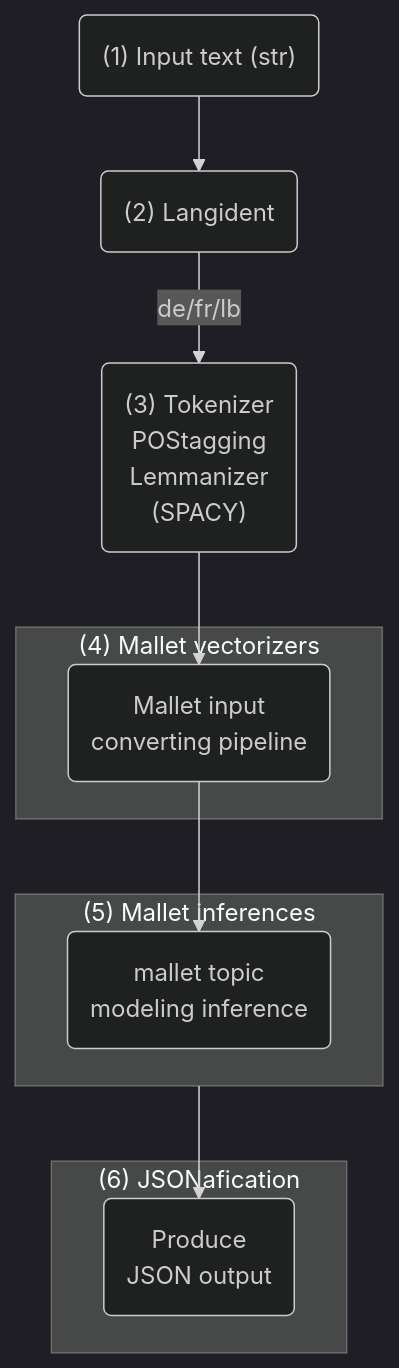
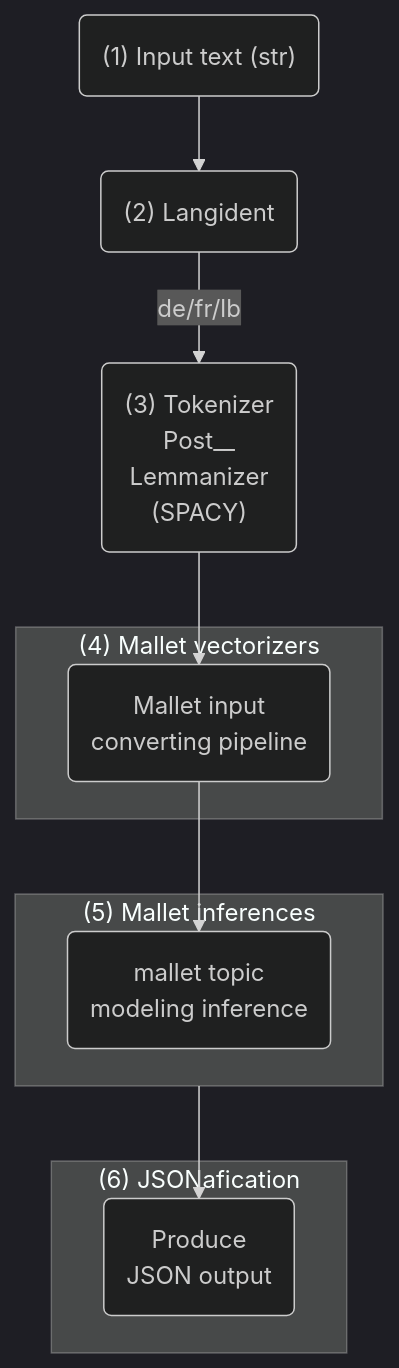
The diagram in README.md (impresso/impresso-pipelines), drawn with Mermaid (dark theme) before and after one commit. The commit also changed other lines of this file and 18 other files, not shown here.

````diff
--- a/README.md
+++ b/README.md
@@ -77,26 +77,26 @@
 ```mermaid
 flowchart TD
  subgraph s1["(4) Mallet vectorizers"]
         n3["Mallet input<br>converting pipeline"]
   end
  subgraph s2["(5) Mallet inferences"]
         n5["mallet topic <br>modeling inference"]
   end
  subgraph s3["(6) JSONafication"]
         n6["Produce <br>JSON output"]
   end
     A["(1) Input text (str)"] --> n1["(2) Langident"]
-    n1 -- de/fr/lb --> n2["(3) Tokenizer<br>POStagging<br>Lemmanizer<br>(SPACY)"]
+    n1 -- de/fr/lb --> n2["(3) Tokenizer<br>Post__<br>Lemmanizer<br>(SPACY)"]
     n2 --> n3
     n3 --> n5
     s2 --> n6
 
     n3@{ shape: rounded}
     n5@{ shape: rounded}
     n6@{ shape: rounded}
     A@{ shape: rounded}
     n1@{ shape: rounded}
     n2@{ shape: rounded}
 
 
 ```
````
